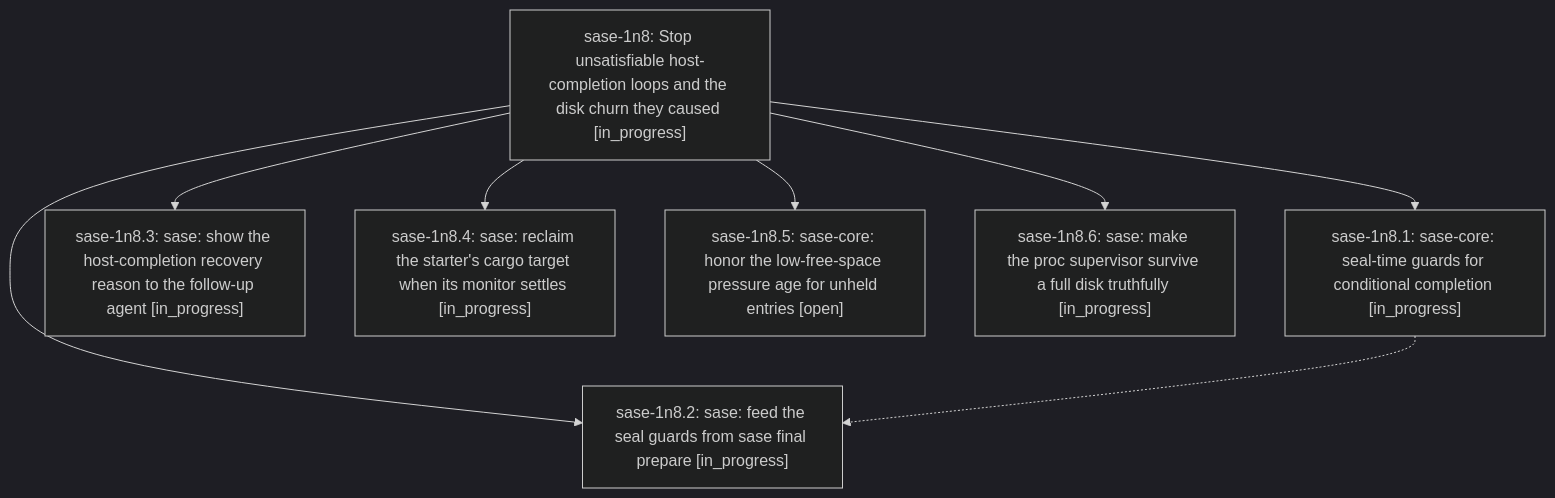
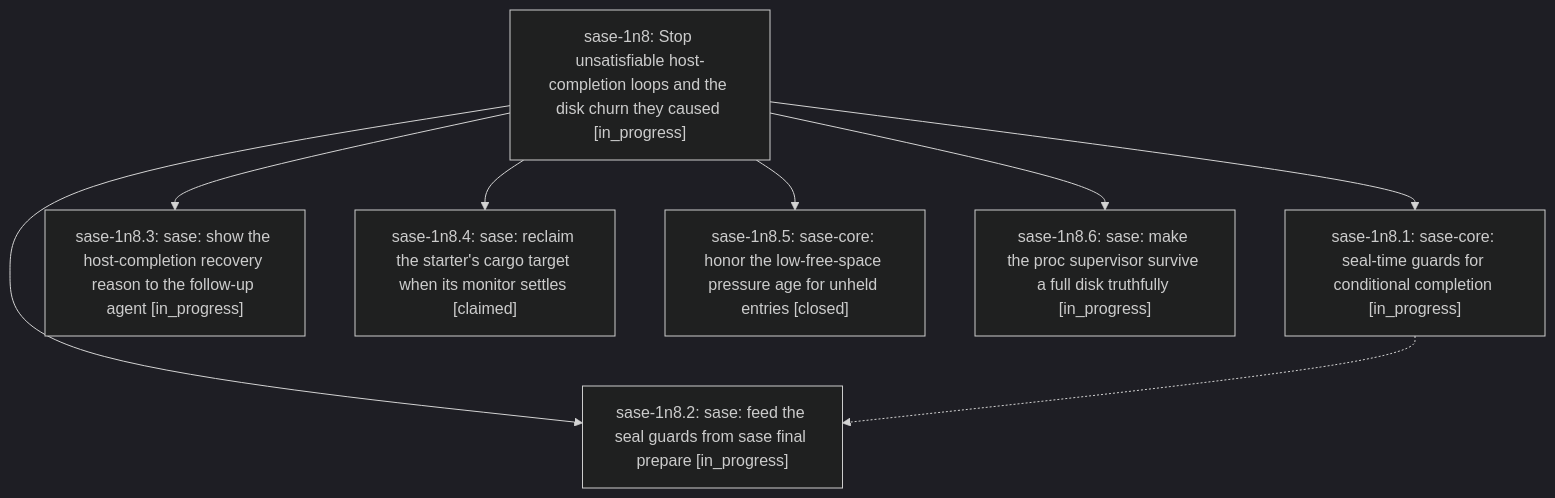
The diagram in pages/sase-1n8/README.md (sase-org/sase--beads), drawn with Mermaid (dark theme) before and after one commit. The commit also changed other lines of this file and 6 other files, not shown here.

````diff
--- a/pages/sase-1n8/README.md
+++ b/pages/sase-1n8/README.md
@@ -39,17 +39,17 @@
 ```mermaid
 flowchart TD
     n0["sase-1n8: Stop unsatisfiable host-completion loops and the disk churn they caused [in_progress]"]
     n1["sase-1n8.1: sase-core: seal-time guards for conditional completion [in_progress]"]
     n2["sase-1n8.2: sase: feed the seal guards from sase final prepare [in_progress]"]
     n3["sase-1n8.3: sase: show the host-completion recovery reason to the follow-up agent [in_progress]"]
-    n4["sase-1n8.4: sase: reclaim the starter's cargo target when its monitor settles [in_progress]"]
-    n5["sase-1n8.5: sase-core: honor the low-free-space pressure age for unheld entries [open]"]
+    n4["sase-1n8.4: sase: reclaim the starter's cargo target when its monitor settles [claimed]"]
+    n5["sase-1n8.5: sase-core: honor the low-free-space pressure age for unheld entries [closed]"]
     n6["sase-1n8.6: sase: make the proc supervisor survive a full disk truthfully [in_progress]"]
     n0 --> n1
     n0 --> n2
     n0 --> n3
     n0 --> n4
     n0 --> n5
     n0 --> n6
     n1 -.-> n2
 ```
````
